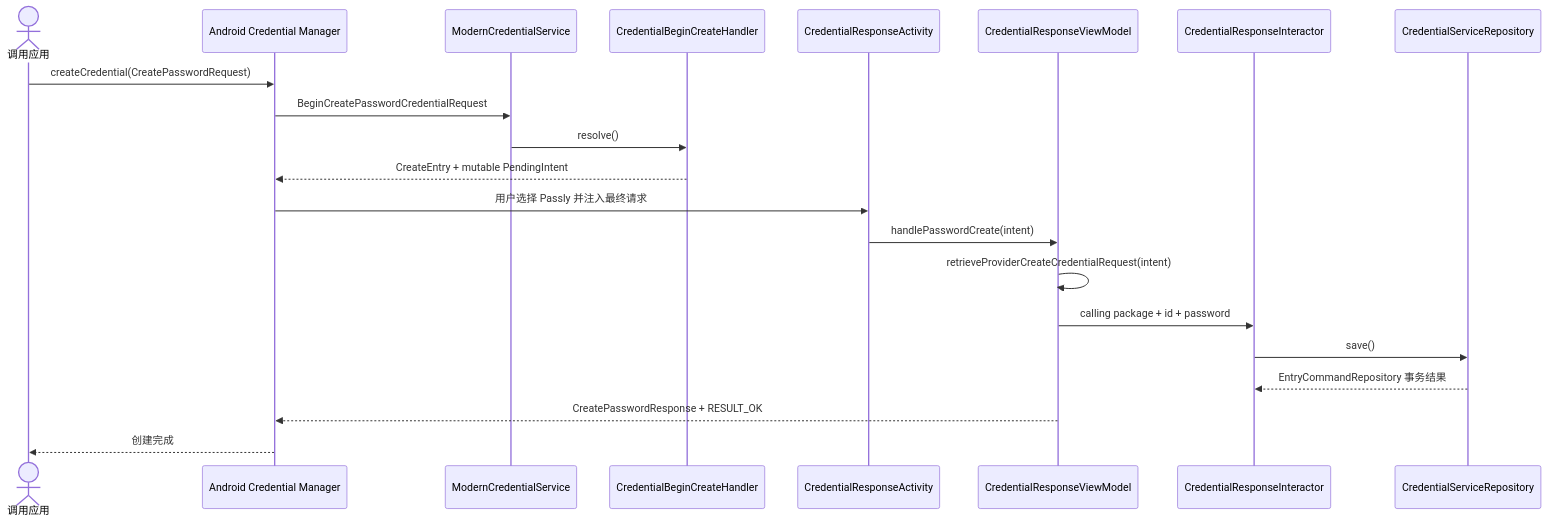
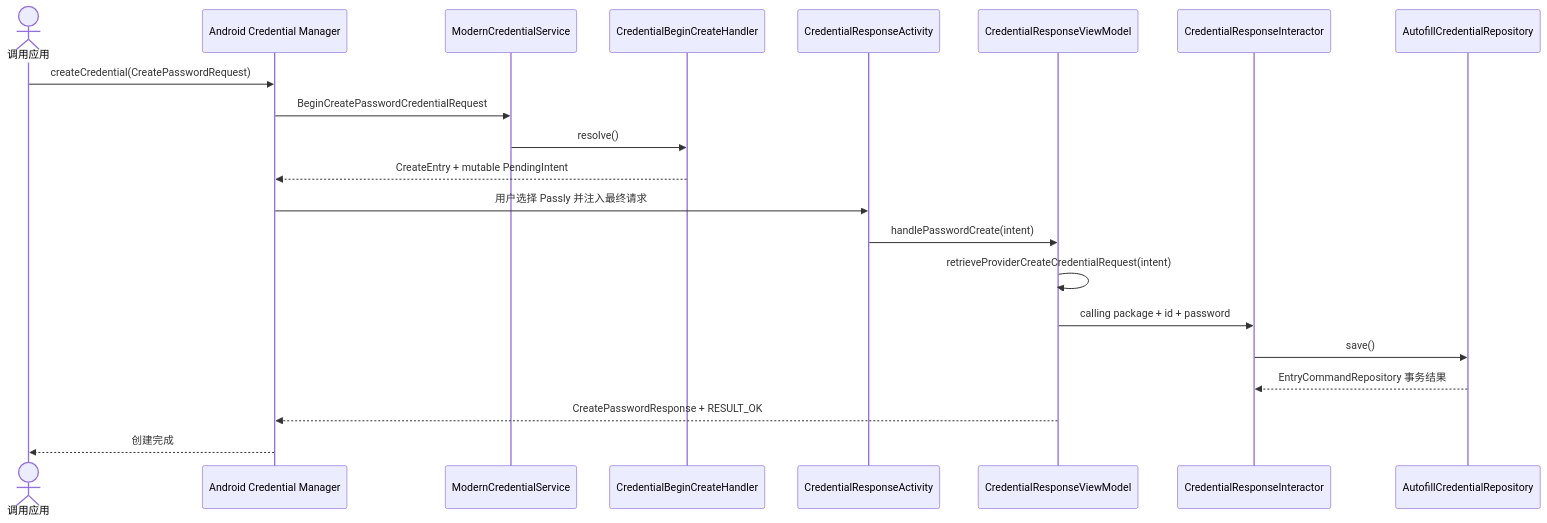
The second of 2 diagrams in docs/features/credential-manager.md (aozijx/Passly), drawn with Mermaid before and after one commit. The commit also changed other lines of this file and 2 other files, not shown here.

````diff
--- a/docs/features/credential-manager.md
+++ b/docs/features/credential-manager.md
@@ -191,24 +191,24 @@
 ```mermaid
 sequenceDiagram
     actor Client as 调用应用
     participant System as Android Credential Manager
     participant Service as ModernCredentialService
     participant Query as CredentialBeginCreateHandler
     participant Activity as CredentialResponseActivity
     participant VM as CredentialResponseViewModel
     participant Domain as CredentialResponseInteractor
-    participant Vault as CredentialServiceRepository
+    participant Vault as AutofillCredentialRepository
 
     Client->>System: createCredential(CreatePasswordRequest)
     System->>Service: BeginCreatePasswordCredentialRequest
     Service->>Query: resolve()
     Query-->>System: CreateEntry + mutable PendingIntent
     System->>Activity: 用户选择 Passly 并注入最终请求
     Activity->>VM: handlePasswordCreate(intent)
     VM->>VM: retrieveProviderCreateCredentialRequest(intent)
     VM->>Domain: calling package + id + password
     Domain->>Vault: save()
     Vault-->>Domain: EntryCommandRepository 事务结果
     VM-->>System: CreatePasswordResponse + RESULT_OK
     System-->>Client: 创建完成
 ```
````
